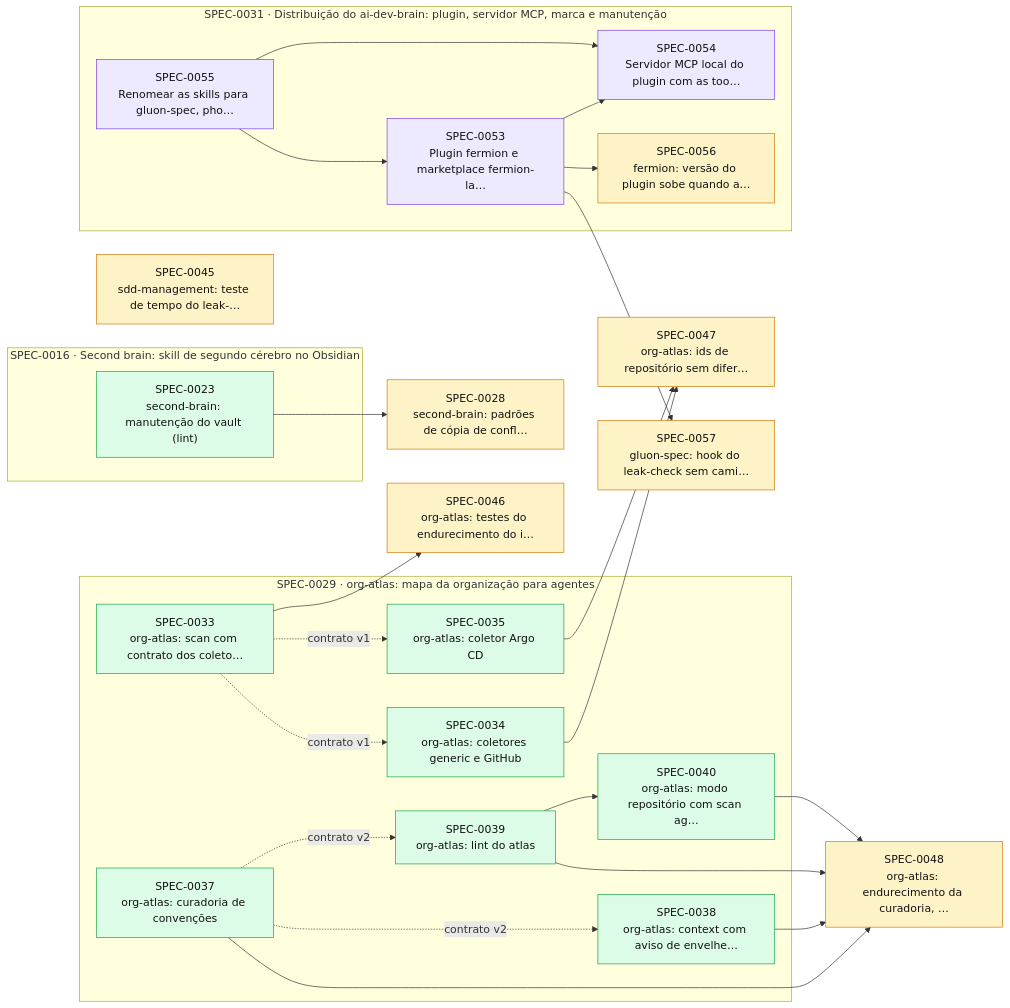
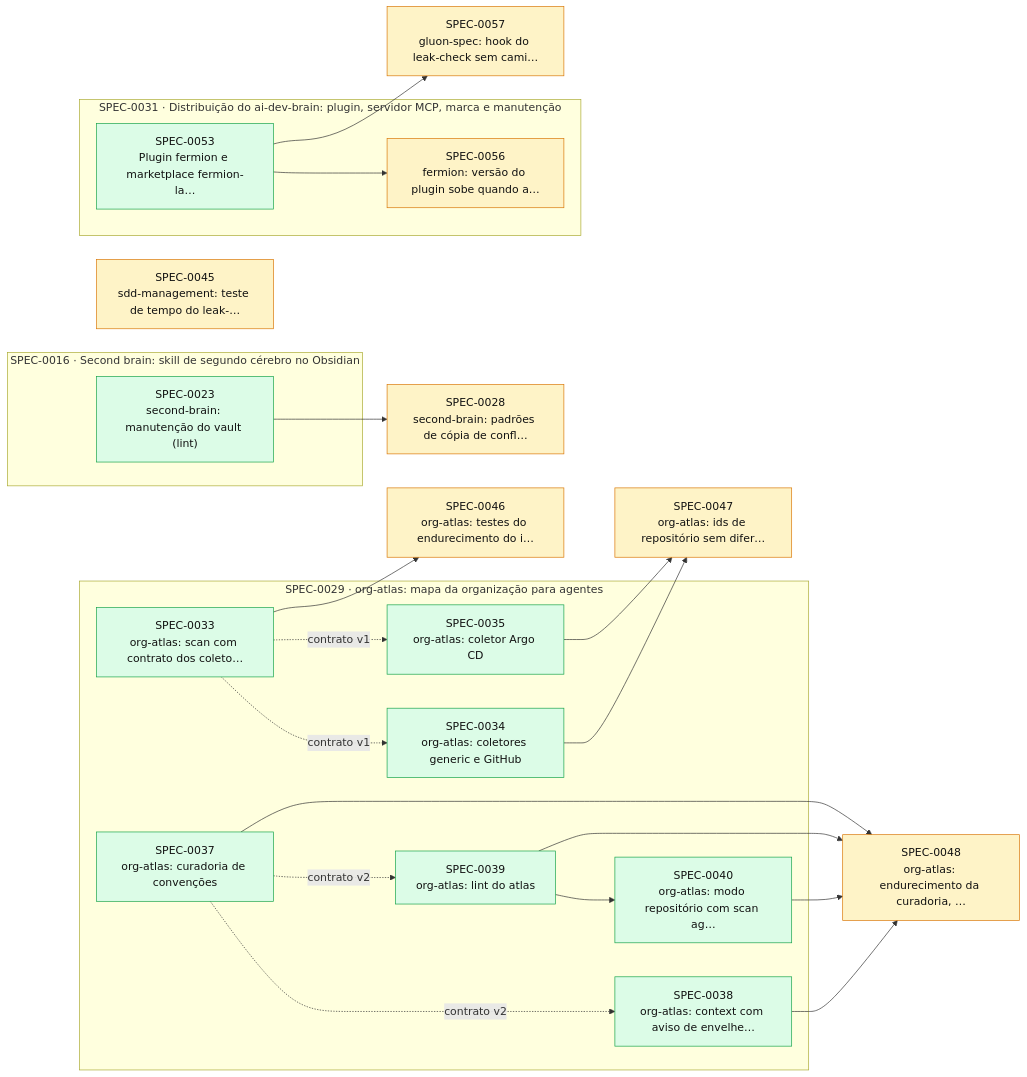
The diagram in docs/specs/INDEX.md (thomasravache/ai-dev-brain), drawn with Mermaid before and after one commit. The commit also changed other lines of this file and 3 other files, not shown here.

````diff
--- a/docs/specs/INDEX.md
+++ b/docs/specs/INDEX.md
@@ -57,50 +54,45 @@
 ```mermaid
 flowchart LR
   S0028["SPEC-0028<br/>second-brain: padrões de cópia de confl…"]:::proposed
   S0045["SPEC-0045<br/>sdd-management: teste de tempo do leak-…"]:::proposed
   S0046["SPEC-0046<br/>org-atlas: testes do endurecimento do i…"]:::proposed
   S0047["SPEC-0047<br/>org-atlas: ids de repositório sem difer…"]:::proposed
   S0048["SPEC-0048<br/>org-atlas: endurecimento da curadoria, …"]:::proposed
   S0057["SPEC-0057<br/>gluon-spec: hook do leak-check sem cami…"]:::proposed
   subgraph E0016["SPEC-0016 · Second brain: skill de segundo cérebro no Obsidian"]
     S0023["SPEC-0023<br/>second-brain: manutenção do vault (lint)"]:::implemented
   end
   subgraph E0029["SPEC-0029 · org-atlas: mapa da organização para agentes"]
     S0033["SPEC-0033<br/>org-atlas: scan com contrato dos coleto…"]:::implemented
     S0034["SPEC-0034<br/>org-atlas: coletores generic e GitHub"]:::implemented
     S0035["SPEC-0035<br/>org-atlas: coletor Argo CD"]:::implemented
     S0037["SPEC-0037<br/>org-atlas: curadoria de convenções"]:::implemented
     S0038["SPEC-0038<br/>org-atlas: context com aviso de envelhe…"]:::implemented
     S0039["SPEC-0039<br/>org-atlas: lint do atlas"]:::implemented
     S0040["SPEC-0040<br/>org-atlas: modo repositório com scan ag…"]:::implemented
   end
   subgraph E0031["SPEC-0031 · Distribuição do ai-dev-brain: plugin, servidor MCP, marca e manutenção"]
-    S0053["SPEC-0053<br/>Plugin fermion e marketplace fermion-la…"]:::inprogress
-    S0054["SPEC-0054<br/>Servidor MCP local do plugin com as too…"]:::inprogress
-    S0055["SPEC-0055<br/>Renomear as skills para gluon-spec, pho…"]:::inprogress
+    S0053["SPEC-0053<br/>Plugin fermion e marketplace fermion-la…"]:::implemented
     S0056["SPEC-0056<br/>fermion: versão do plugin sobe quando a…"]:::proposed
   end
   S0023 --> S0028
   S0033 -. contrato v1 .-> S0034
   S0033 -. contrato v1 .-> S0035
   S0037 -. contrato v2 .-> S0038
   S0037 -. contrato v2 .-> S0039
   S0039 --> S0040
   S0033 --> S0046
   S0034 --> S0047
   S0035 --> S0047
   S0037 --> S0048
   S0038 --> S0048
   S0039 --> S0048
   S0040 --> S0048
-  S0055 --> S0053
-  S0053 --> S0054
-  S0055 --> S0054
   S0053 --> S0056
   S0053 --> S0057
   classDef proposed fill:#fef3c7,stroke:#d97706,color:#111
   classDef approved fill:#dbeafe,stroke:#2563eb,color:#111
   classDef inprogress fill:#ede9fe,stroke:#7c3aed,color:#111
   classDef implemented fill:#dcfce7,stroke:#16a34a,color:#111
   classDef deprecated fill:#f3f4f6,stroke:#9ca3af,color:#6b7280
 ```
````
